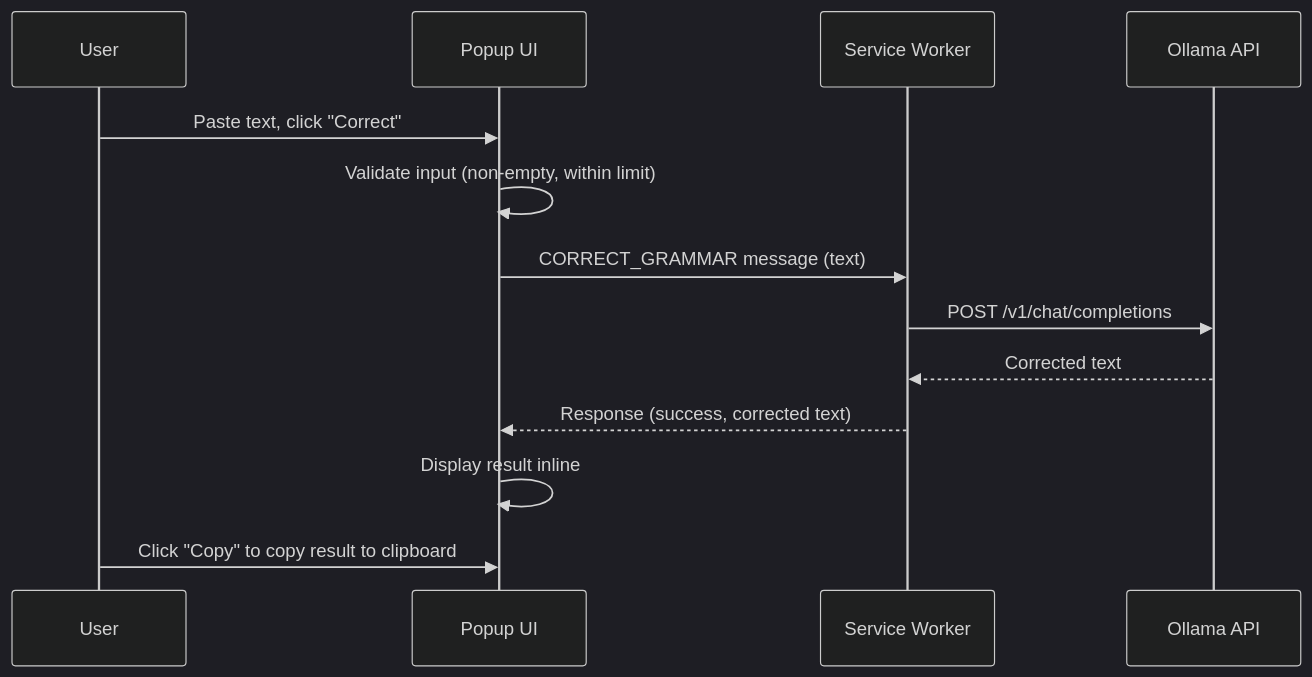
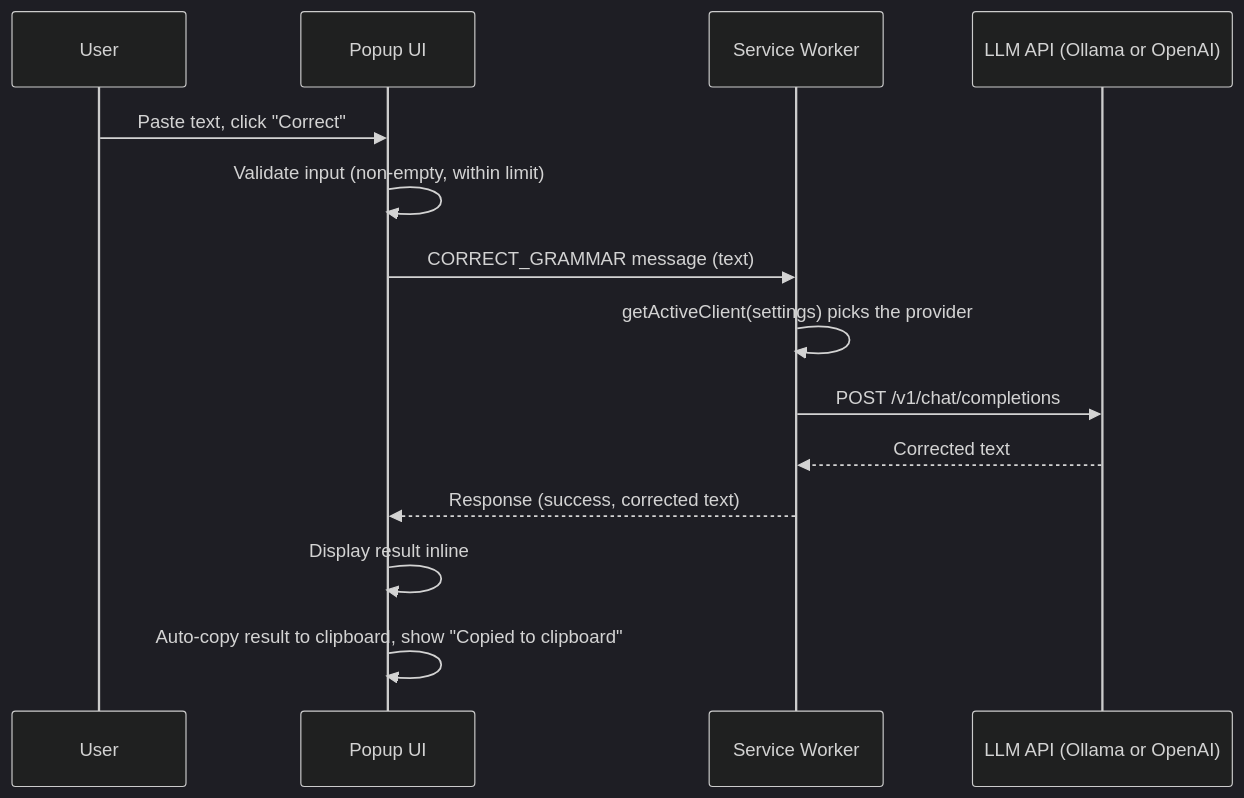
Before and after one commit to lucianhanga/chrome-plugin-ai-correct-translate-reformulate: the fourth of 7 diagrams in docs/architecture.md, drawn with Mermaid (dark theme). The commit also changed other lines of this file and 1 other file, not shown here.

First line of the commit message:
docs: document the OpenAI provider and multi-provider architecture

````diff
--- a/docs/architecture.md
+++ b/docs/architecture.md
@@ -377,16 +501,17 @@
 ```mermaid
 sequenceDiagram
     participant User
     participant Popup as Popup UI
     participant SW as Service Worker
-    participant OL as Ollama API
+    participant LLM as LLM API (Ollama or OpenAI)
 
     User->>Popup: Paste text, click "Correct"
     Popup->>Popup: Validate input (non-empty, within limit)
     Popup->>SW: CORRECT_GRAMMAR message (text)
-    SW->>OL: POST /v1/chat/completions
-    OL-->>SW: Corrected text
+    SW->>SW: getActiveClient(settings) picks the provider
+    SW->>LLM: POST /v1/chat/completions
+    LLM-->>SW: Corrected text
     SW-->>Popup: Response (success, corrected text)
     Popup->>Popup: Display result inline
-    User->>Popup: Click "Copy" to copy result to clipboard
+    Popup->>Popup: Auto-copy result to clipboard, show "Copied to clipboard"
 ```
````
